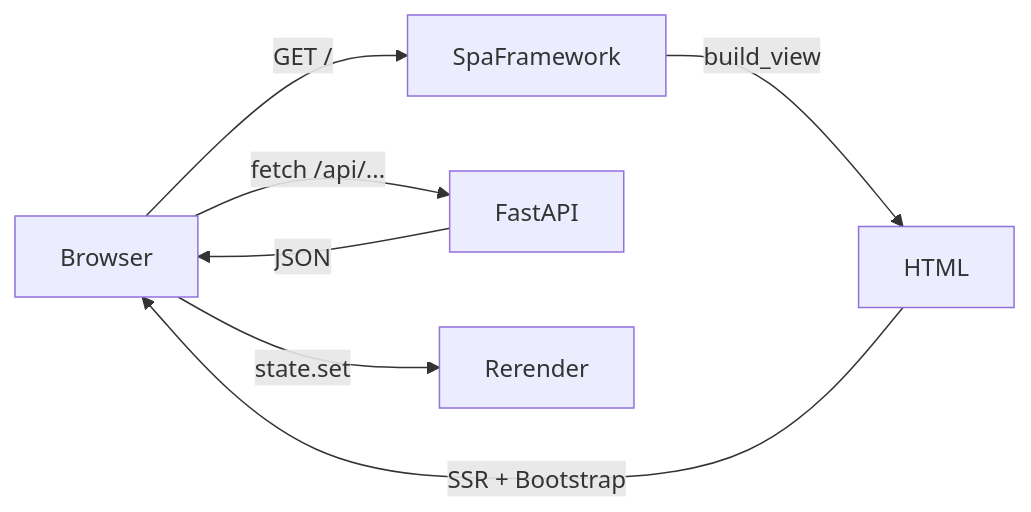
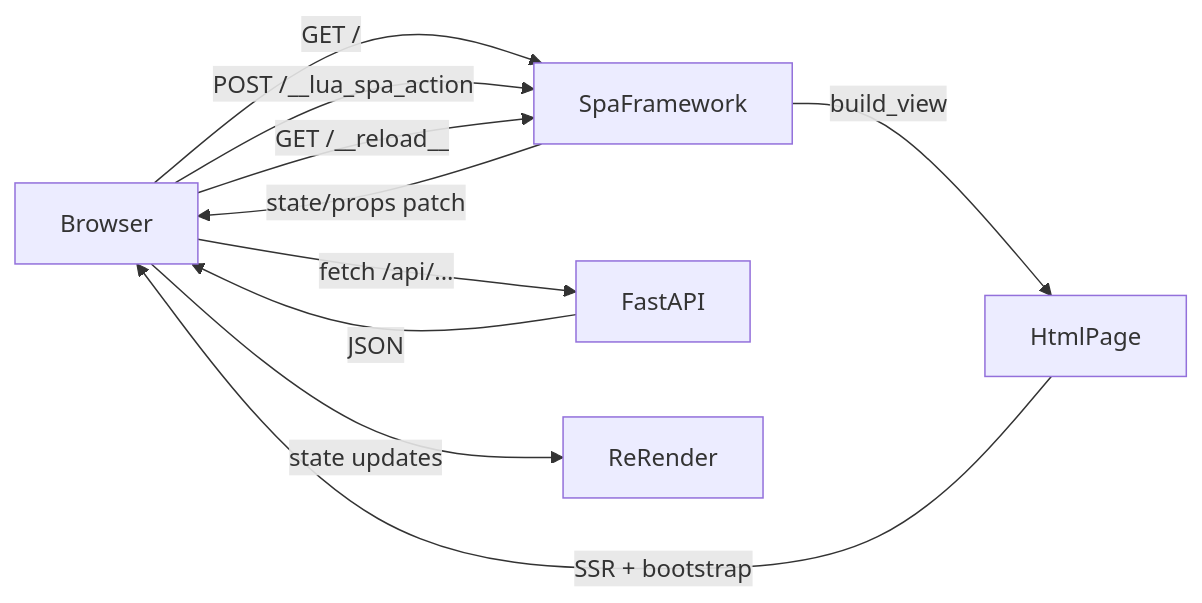
The diagram in docs/docs/guide/backend-integration.md (roderiano/lua-spa), drawn with Mermaid before and after one commit. The commit also changed other lines of this file and 16 other files, not shown here.

Commit message:
docs(architecture): update diagrams for __lua_spa_action and __reload__

````diff
--- a/docs/docs/guide/backend-integration.md
+++ b/docs/docs/guide/backend-integration.md
@@ -58,9 +58,12 @@
 ```mermaid
-graph LR
+flowchart LR
     Browser -->|GET /| SpaFramework
-    SpaFramework -->|build_view| HTML
-    HTML -->|SSR + Bootstrap| Browser
+    SpaFramework -->|build_view| HtmlPage
+    HtmlPage -->|SSR + bootstrap| Browser
+    Browser -->|POST /__lua_spa_action| SpaFramework
+    SpaFramework -->|state/props patch| Browser
+    Browser -->|GET /__reload__| SpaFramework
     Browser -->|fetch /api/...| FastAPI
     FastAPI -->|JSON| Browser
-    Browser -->|state.set| Rerender
+    Browser -->|state updates| ReRender
 ```
````
